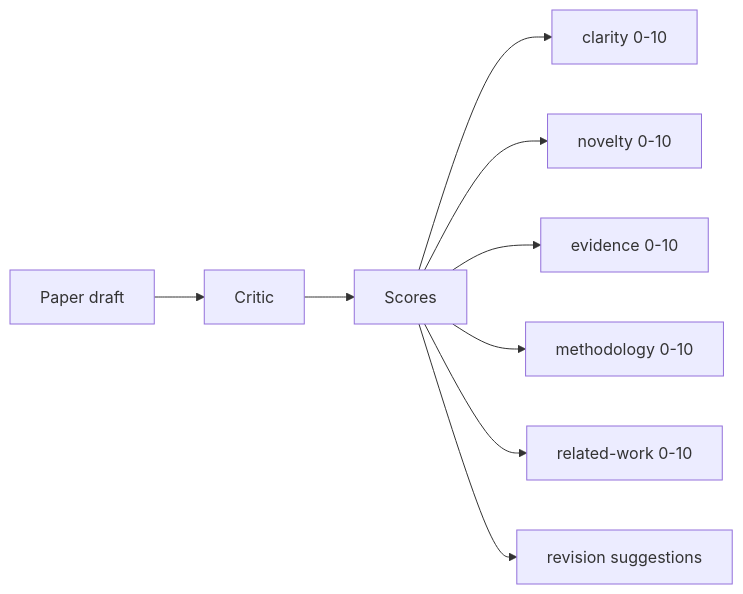
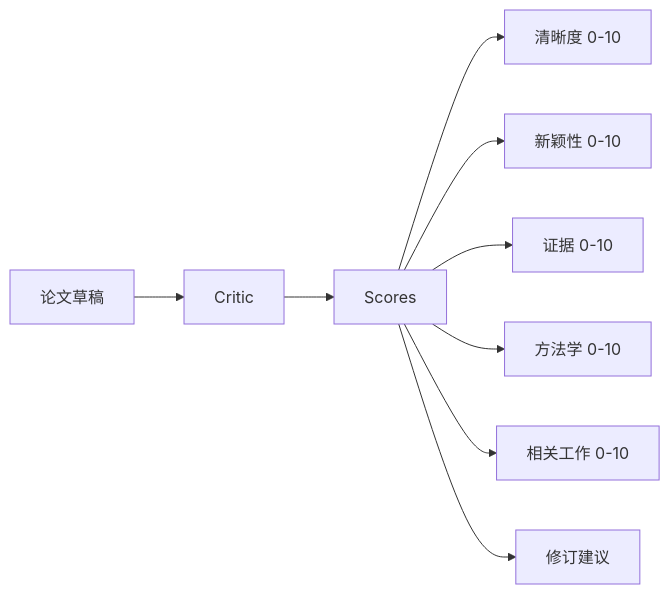
Before and after one commit to JerryC8080/ai-engineering-from-scratch-zh: the first of 4 diagrams in phases/19-capstone-projects/55-critic-loop/docs/zh.md, drawn with Mermaid. The commit also changed other lines of this file and 156 other files, not shown here.

First line of the commit message:
i18n(zh): translate mermaid diagram labels in 157 lesson zh.md

````diff
--- a/phases/19-capstone-projects/55-critic-loop/docs/zh.md
+++ b/phases/19-capstone-projects/55-critic-loop/docs/zh.md
@@ -26,11 +26,11 @@
 ```mermaid
 flowchart LR
-    Draft[Paper draft] --> Critic[Critic]
+    Draft[论文草稿] --> Critic[Critic]
     Critic --> Scores
-    Scores --> Clar[clarity 0-10]
-    Scores --> Nov[novelty 0-10]
-    Scores --> Ev[evidence 0-10]
-    Scores --> Meth[methodology 0-10]
-    Scores --> Rel[related-work 0-10]
-    Scores --> Revs[revision suggestions]
+    Scores --> Clar[清晰度 0-10]
+    Scores --> Nov[新颖性 0-10]
+    Scores --> Ev[证据 0-10]
+    Scores --> Meth[方法学 0-10]
+    Scores --> Rel[相关工作 0-10]
+    Scores --> Revs[修订建议]
 ```
````
